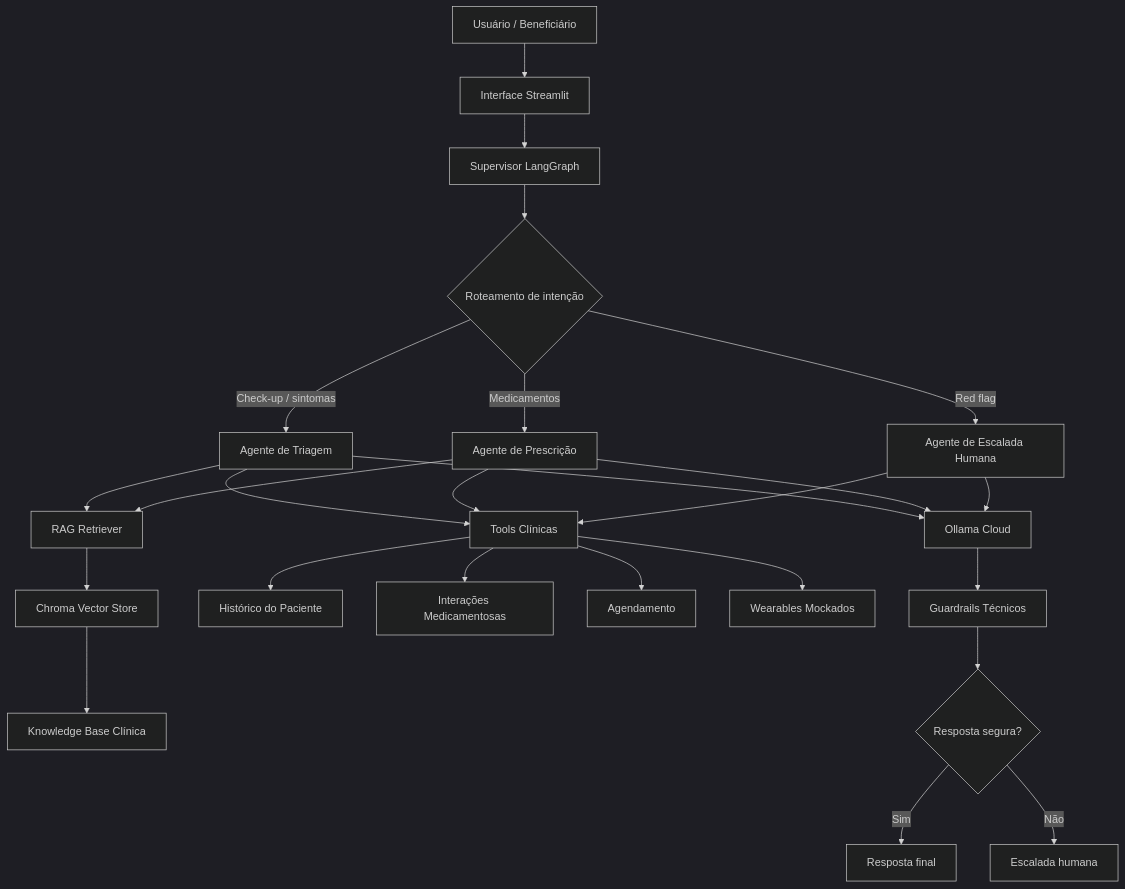
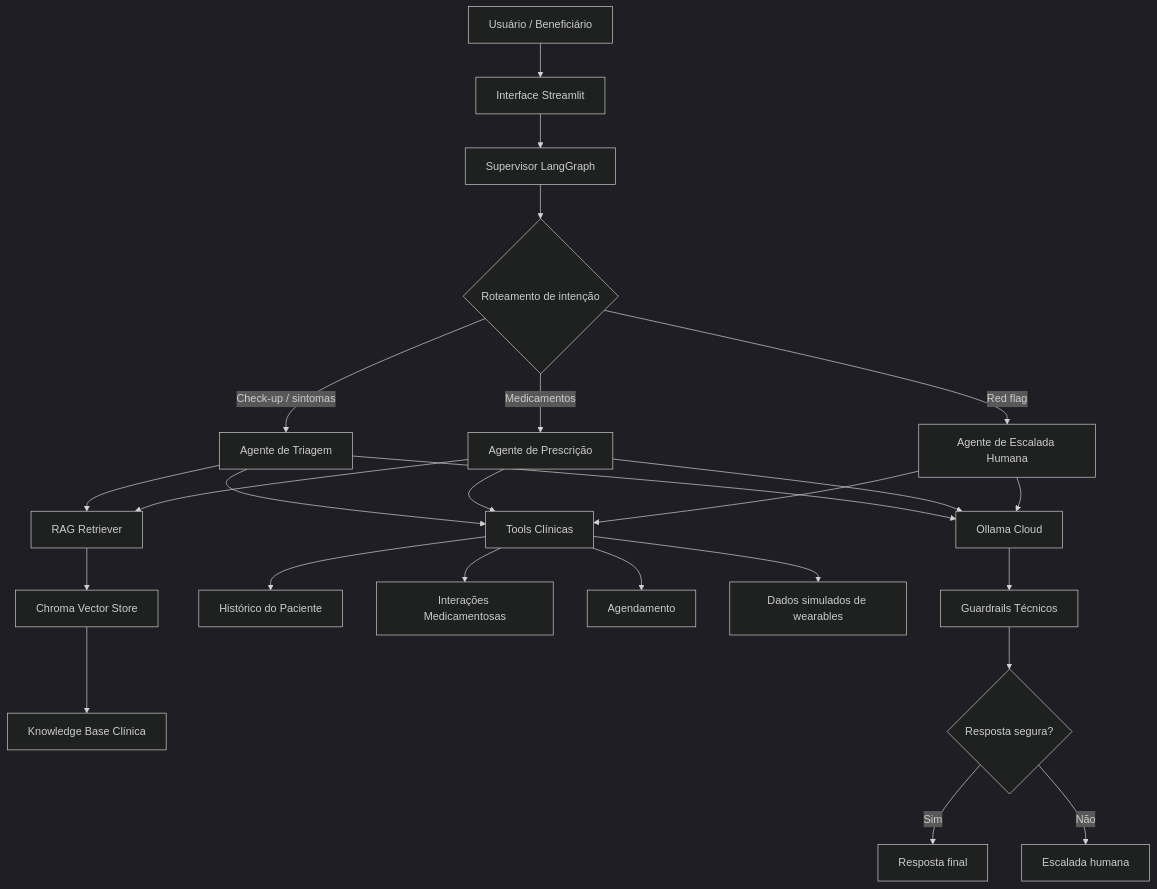
One commit to mmoura97/blua-diagnostics-sprint2 changed the diagram in README.md. Above: the diagram before and after it, drawn with Mermaid (dark theme). The commit also changed other lines of this file, not shown here.

````diff
--- a/README.md
+++ b/README.md
@@ -136,38 +136,38 @@
 ```mermaid
 flowchart TD
     A[Usuário / Beneficiário] --> B[Interface Streamlit]
 
     B --> C[Supervisor LangGraph]
 
     C --> D{Roteamento de intenção}
 
     D -->|Check-up / sintomas| E[Agente de Triagem]
     D -->|Medicamentos| F[Agente de Prescrição]
     D -->|Red flag| G[Agente de Escalada Humana]
 
     E --> H[RAG Retriever]
     F --> H
 
     H --> I[Chroma Vector Store]
     I --> J[Knowledge Base Clínica]
 
     E --> K[Tools Clínicas]
     F --> K
     G --> K
 
     K --> L[Histórico do Paciente]
     K --> M[Interações Medicamentosas]
     K --> N[Agendamento]
-    K --> O[Wearables Mockados]
+    K --> O[Dados simulados de wearables]
 
     E --> P[Ollama Cloud]
     F --> P
     G --> P
 
     P --> Q[Guardrails Técnicos]
 
     Q --> R{Resposta segura?}
 
     R -->|Sim| S[Resposta final]
     R -->|Não| T[Escalada humana]
 ```
````
